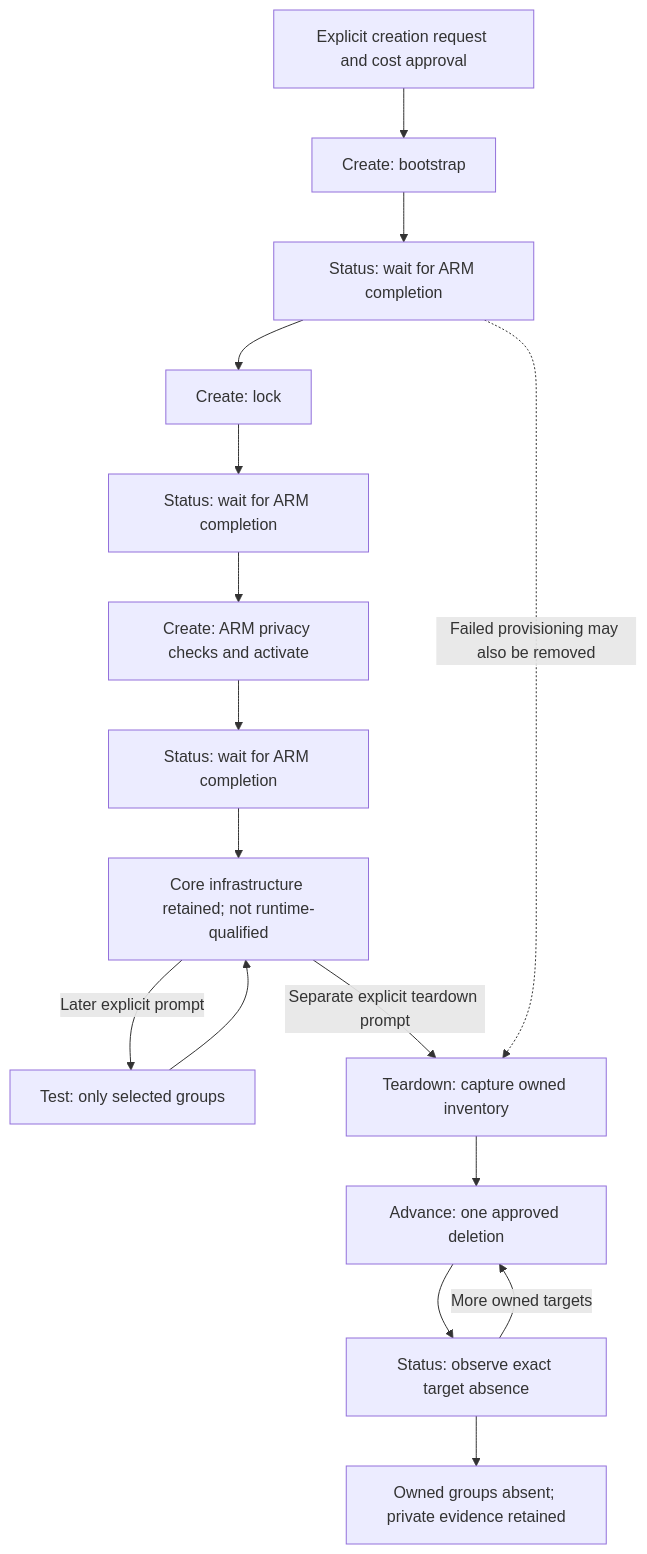
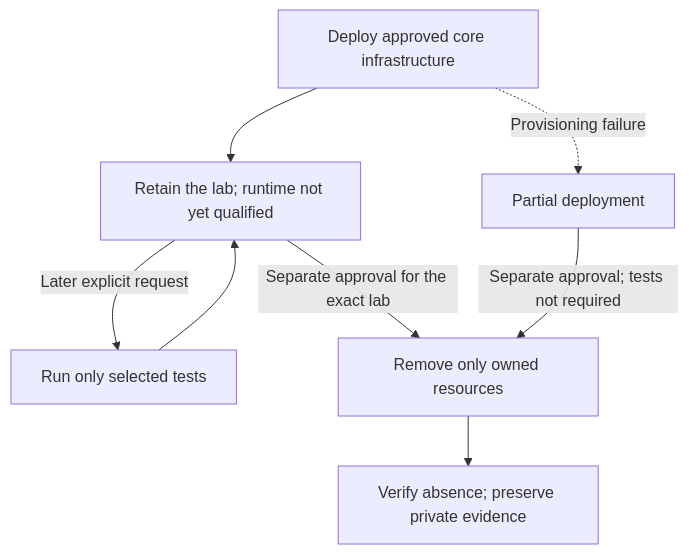
The diagram in docs/independent-lifecycle.md (faustinopalma/foundry-governance-lab), drawn with Mermaid before and after one commit. The commit also changed other lines of this file and 16 other files, not shown here.

````diff
--- a/docs/independent-lifecycle.md
+++ b/docs/independent-lifecycle.md
@@ -41,18 +13,10 @@
 ```mermaid
 flowchart TD
-    Request[Explicit creation request and cost approval] --> Bootstrap[Create: bootstrap]
-    Bootstrap --> Observe1[Status: wait for ARM completion]
-    Observe1 --> Lock[Create: lock]
-    Lock --> Observe2[Status: wait for ARM completion]
-    Observe2 --> Activate[Create: ARM privacy checks and activate]
-    Activate --> Observe3[Status: wait for ARM completion]
-    Observe3 --> Retain[Core infrastructure retained; not runtime-qualified]
-    Retain -->|Later explicit prompt| Tests[Test: only selected groups]
+    Create[Deploy approved core infrastructure] --> Retain[Retain the lab; runtime not yet qualified]
+    Retain -->|Later explicit request| Tests[Run only selected tests]
     Tests --> Retain
-    Retain -->|Separate explicit teardown prompt| Evidence[Teardown: capture owned inventory]
-    Evidence --> Advance[Advance: one approved deletion]
-    Advance --> ObserveDelete[Status: observe exact target absence]
-    ObserveDelete -->|More owned targets| Advance
-    ObserveDelete --> Absent[Owned groups absent; private evidence retained]
-    Observe1 -. Failed provisioning may also be removed .-> Evidence
+    Retain -->|Separate approval for the exact lab| Remove[Remove only owned resources]
+    Create -. Provisioning failure .-> Failed[Partial deployment]
+    Failed -->|Separate approval; tests not required| Remove
+    Remove --> Absent[Verify absence; preserve private evidence]
 ```
````
